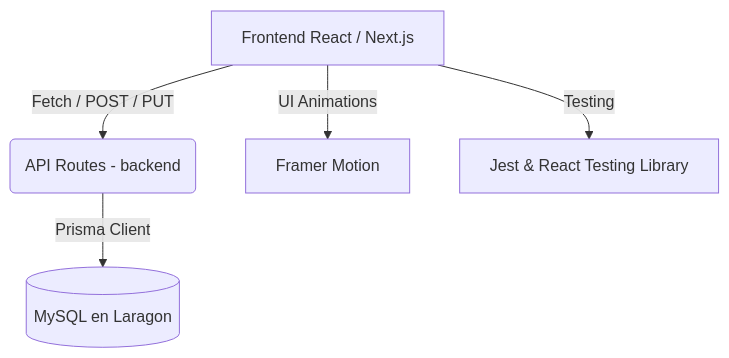
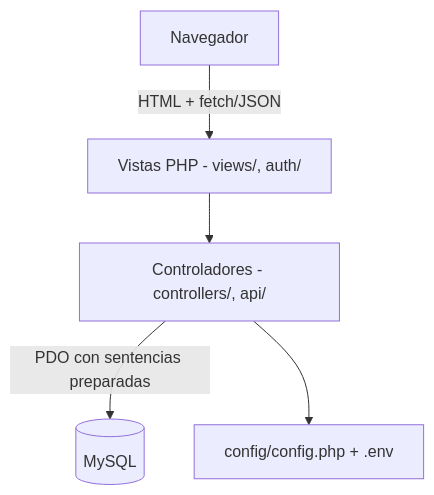
One commit to Luiss2080/Alondra changed the diagram in README.md. Above: the diagram before and after it, drawn with Mermaid. The commit also changed other lines of this file, not shown here.

````diff
--- a/README.md
+++ b/README.md
@@ -44,7 +45,7 @@
 ```mermaid
 graph TD
-    A[Frontend React / Next.js] -->|Fetch / POST / PUT| B(API Routes - backend)
-    B -->|Prisma Client| C[(MySQL en Laragon)]
-    A -->|UI Animations| D[Framer Motion]
-    A -->|Testing| E[Jest & React Testing Library]
+    A[Navegador] -->|HTML + fetch/JSON| B[Vistas PHP - views/, auth/]
+    B --> C[Controladores - controllers/, api/]
+    C -->|PDO con sentencias preparadas| D[(MySQL)]
+    C --> E[config/config.php + .env]
 ```
````
